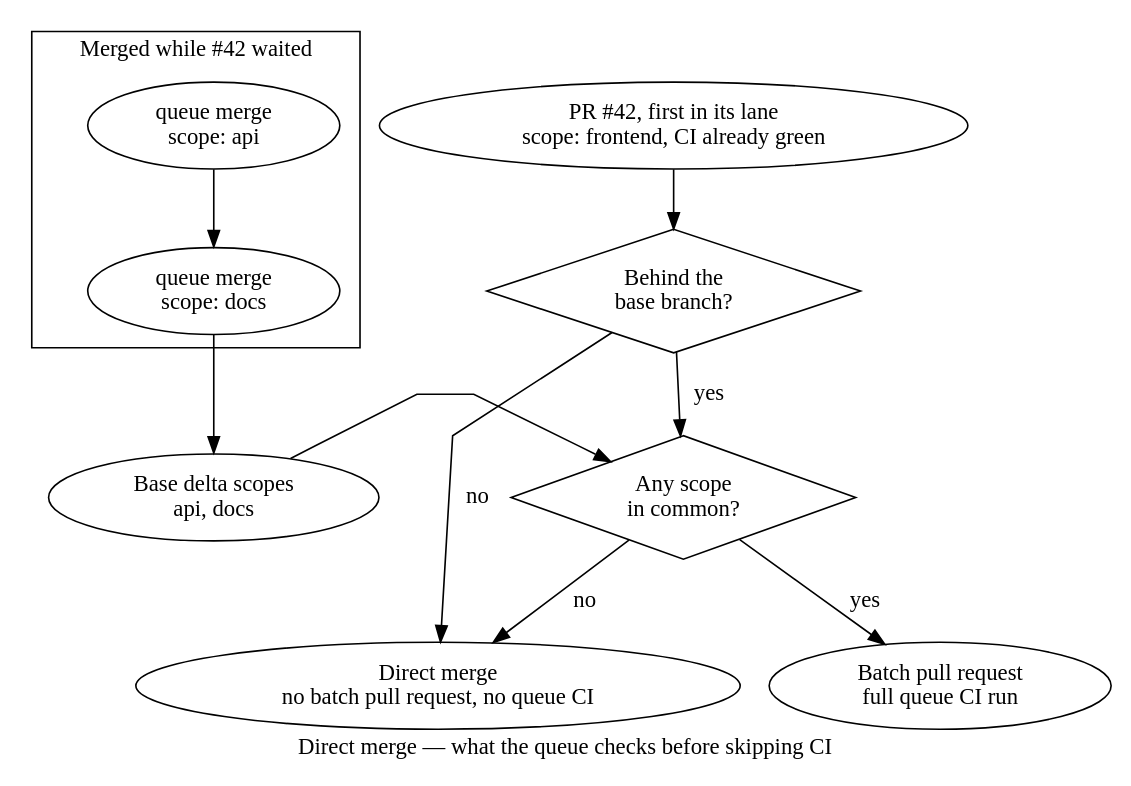
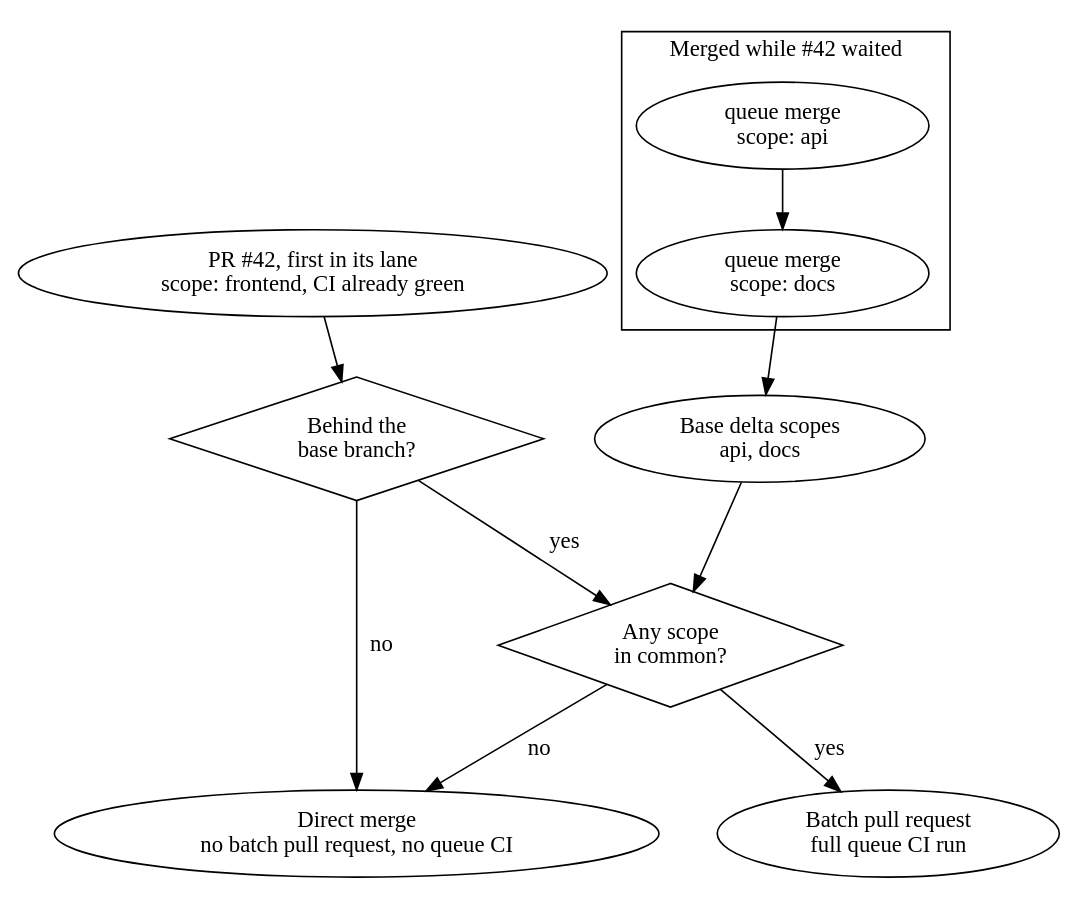
One commit to Mergifyio/docs changed the diagram in src/content/docs/merge-queue/direct-merge.mdx. Above: the diagram before and after it, drawn with Graphviz. The commit also changed 20 other files, not shown here.

First line of the commit message:
feat(diagrams): size by type, caption in HTML, one meaning per role

````diff
--- a/src/content/docs/merge-queue/direct-merge.mdx
+++ b/src/content/docs/merge-queue/direct-merge.mdx
@@ -30,34 +30,37 @@
-```dot class="flow"
+```dot class="flow" title="Direct merge — what the queue checks before skipping CI"
 digraph {
-  label="Direct merge — what the queue checks before skipping CI";
   splines=polyline;
+
+  // The decision path is declared first so it takes the left of the drawing,
+  // and the "no" branches fall straight down it. What merged meanwhile sits
+  // to the right and feeds the second question from the side, so nothing
+  // crosses.
+  PR [label="PR #42, first in its lane\nscope: frontend, CI already green", class="queued"];
+  Q1 [label="Behind the\nbase branch?", shape=diamond, margin="0.14,0.06", class="pending"];
+  Q2 [label="Any scope\nin common?", shape=diamond, margin="0.14,0.06", class="pending"];
+  DIRECT [label="Direct merge\nno batch pull request, no queue CI", class="merged"];
+  QUEUE [label="Batch pull request\nfull queue CI run", class="muted"];
 
   subgraph cluster_base {
     class="batch";
     label="Merged while #42 waited";
-    M1 [label="queue merge\nscope: api", class="muted"];
-    M2 [label="queue merge\nscope: docs", class="muted"];
+    // Wide enough for the label above: a cluster is sized to its content,
+    // and the label is painted wider than Graphviz measured it.
+    M1 [label="queue merge\nscope: api", width=2.5, class="muted"];
+    M2 [label="queue merge\nscope: docs", width=2.5, class="muted"];
     M1 -> M2;
   }
+  DELTA [label="Base delta scopes\napi, docs", shape=oval, class="config"];
 
-  DELTA [label="Base delta scopes\napi, docs", shape=oval, class="config"];
-  PR [label="PR #42, first in its lane\nscope: frontend, CI already green", class="queued"];
-
-  Q1 [label="Behind the\nbase branch?", shape=diamond, margin="0.14,0.06", class="pending"];
-  Q2 [label="Any scope\nin common?", shape=diamond, margin="0.14,0.06", class="pending"];
-
-  DIRECT [label="Direct merge\nno batch pull request, no queue CI", class="merged"];
-  QUEUE [label="Batch pull request\nfull queue CI run", class="muted"];
-
-  M2 -> DELTA;
   PR -> Q1;
   Q1 -> DIRECT [label="  no", class="merged"];
   Q1 -> Q2 [label="  yes"];
+  M2 -> DELTA;
   DELTA -> Q2;
   Q2 -> DIRECT [label="  no", class="merged"];
   Q2 -> QUEUE [label="  yes"];
 
-  { rank=same; Q2; DELTA; }
-  { rank=same; DIRECT; QUEUE; }
+  // Direct merge on the left, under the "no" branches; the batch on the right.
+  { rank=same; DIRECT -> QUEUE [style=invis]; }
 }
 ```
````
